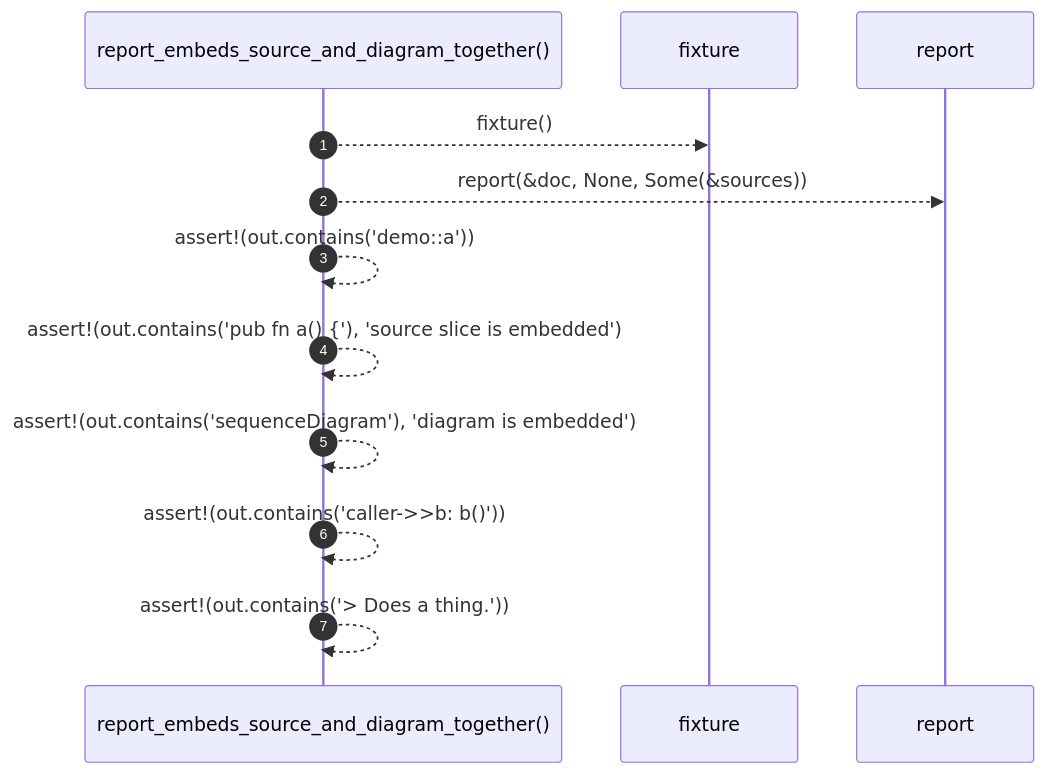
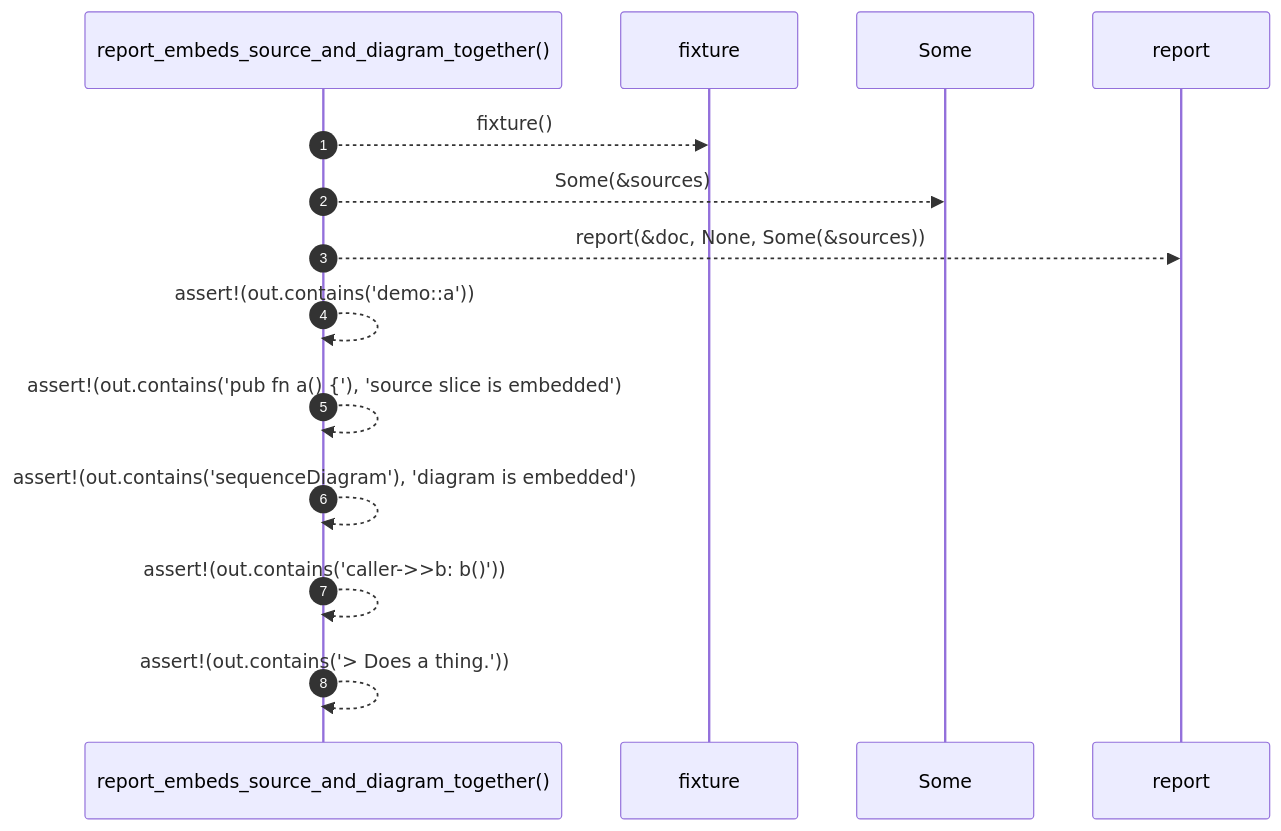
Before and after one commit to RyanGuild/self-describing-code: the diagram in docs/self-model/robby_render/test_markdown/report-embeds-source-and-diagram-together.md, drawn with Mermaid. The commit also changed other lines of this file and 1404 other files, not shown here.

````diff
--- a/docs/self-model/robby_render/test_markdown/report-embeds-source-and-diagram-together.md
+++ b/docs/self-model/robby_render/test_markdown/report-embeds-source-and-diagram-together.md
@@ -26,14 +26,16 @@
 ```mermaid
 sequenceDiagram
     autonumber
     participant report_embeds_source_and_diagram_together as report_embeds_source_and_diagram_together()
     participant fixture as fixture
+    participant Some as Some
     participant report as report
     report_embeds_source_and_diagram_together-->>fixture: fixture()
+    report_embeds_source_and_diagram_together-->>Some: Some(&sources)
     report_embeds_source_and_diagram_together-->>report: report(&doc, None, Some(&sources))
     report_embeds_source_and_diagram_together-->>report_embeds_source_and_diagram_together: assert!(out.contains('demo::a'))
     report_embeds_source_and_diagram_together-->>report_embeds_source_and_diagram_together: assert!(out.contains('pub fn a() {'), 'source slice is embedded')
     report_embeds_source_and_diagram_together-->>report_embeds_source_and_diagram_together: assert!(out.contains('sequenceDiagram'), 'diagram is embedded')
     report_embeds_source_and_diagram_together-->>report_embeds_source_and_diagram_together: assert!(out.contains('caller->>b: b()'))
     report_embeds_source_and_diagram_together-->>report_embeds_source_and_diagram_together: assert!(out.contains('> Does a thing.'))
 ```
````
